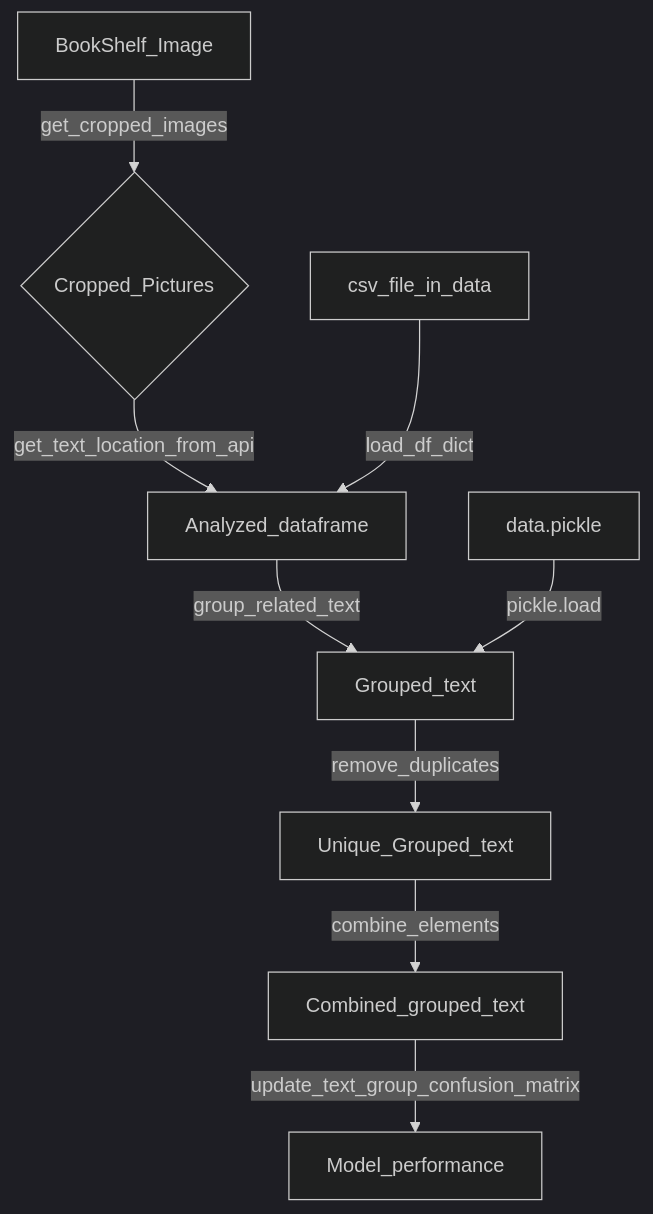
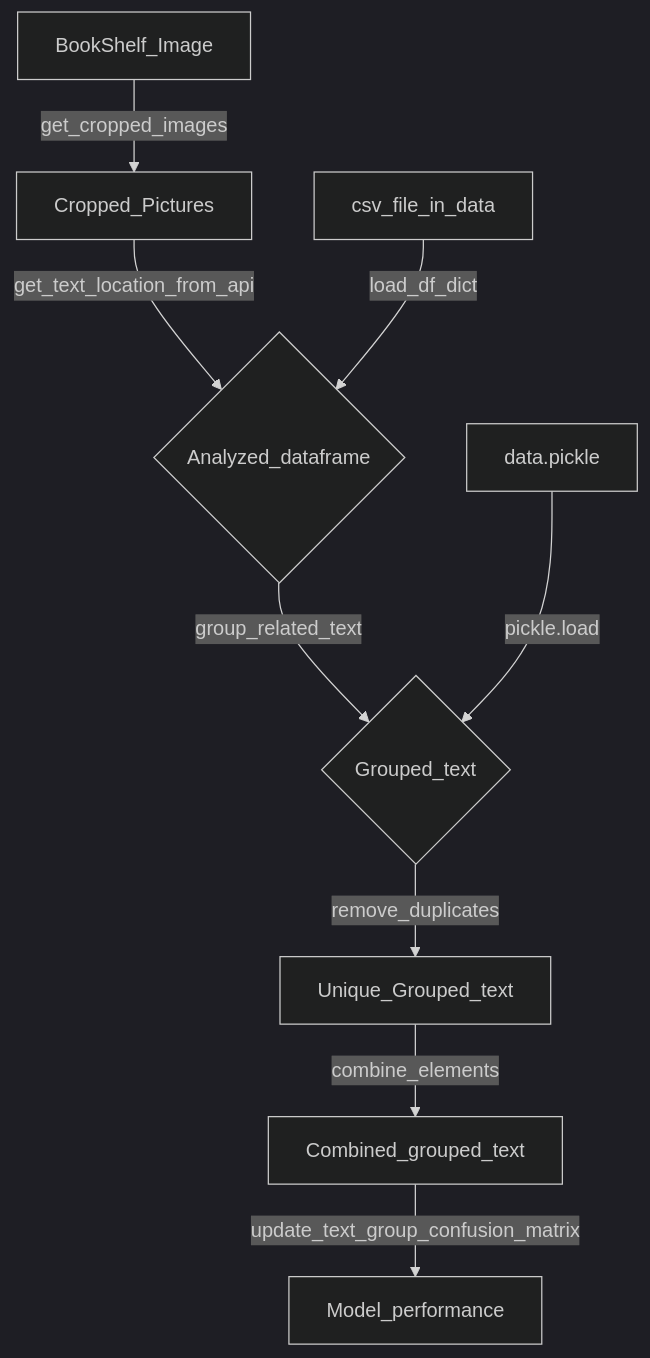
One commit to ziruiqiao/XN changed the diagram in README.md. Above: the diagram before and after it, drawn with Mermaid (dark theme).

````diff
--- a/README.md
+++ b/README.md
@@ -19,11 +19,11 @@
 ```mermaid
 graph TD;
-	A[BookShelf_Image] -- get_cropped_images --> B{Cropped_Pictures};
-    B -- get_text_location_from_api --> D[Analyzed_dataframe];
+	A[BookShelf_Image] -- get_cropped_images --> B[Cropped_Pictures];
+    B -- get_text_location_from_api --> D{Analyzed_dataframe};
     C[csv_file_in_data] -- load_df_dict --> D;
-    D -- group_related_text --> F[Grouped_text];
+    D -- group_related_text --> F{Grouped_text};
     E[data.pickle] -- pickle.load --> F;
     F -- remove_duplicates --> G[Unique_Grouped_text];
     G -- combine_elements --> H[Combined_grouped_text];
     H -- update_text_group_confusion_matrix --> I[Model_performance];
 ```
````
